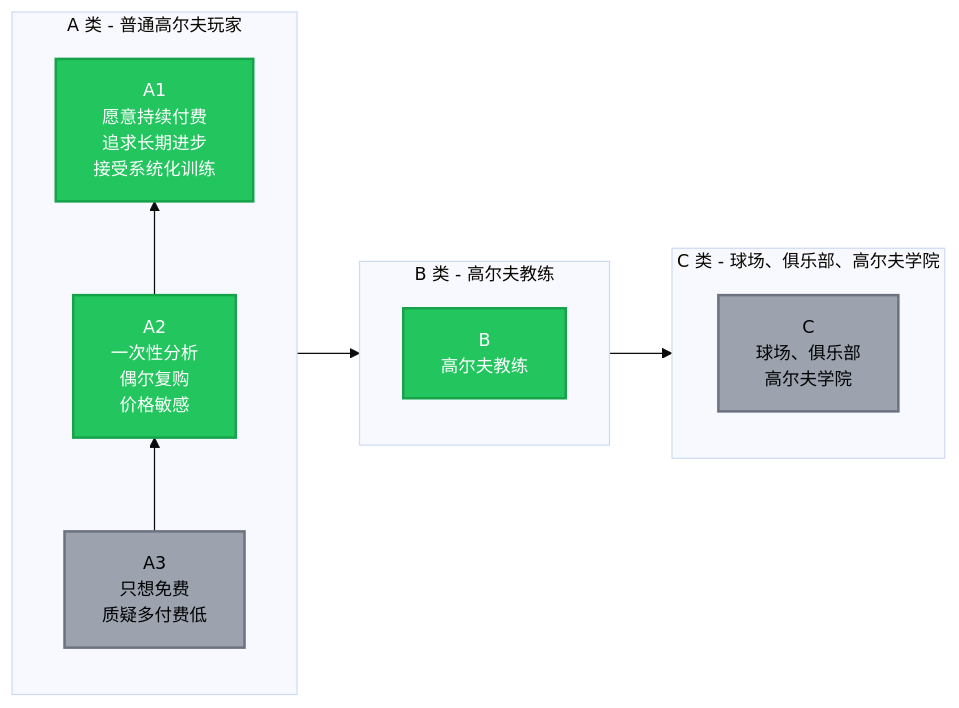
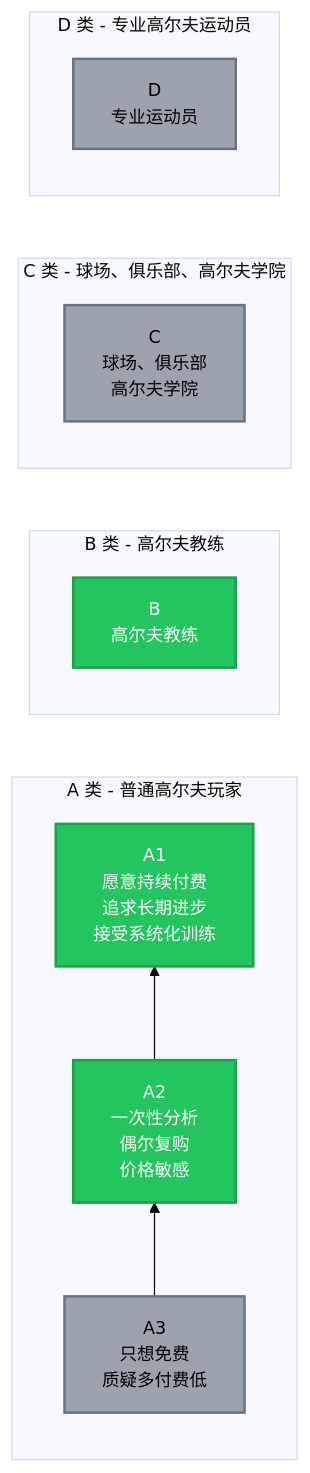
The diagram in docs/zh/product/user-personas.md (movement-chain-ai/movement-chain-docs), drawn with Mermaid before and after one commit. The commit also changed other lines of this file, not shown here.

Commit message:
新增D类用户（专业高尔夫运动员）到用户分层图
🤖 Generated with [Claude Code](https://claude.com/claude-code)

````diff
--- a/docs/zh/product/user-personas.md
+++ b/docs/zh/product/user-personas.md
@@ -7,29 +7,31 @@
 ```mermaid
 %%{init: {'theme': 'base', 'themeVariables': { 'fontSize': '14px'}}}%%
 graph LR
     subgraph A ["A 类 - 普通高尔夫玩家"]
         direction BT
         A3[" A3 <br/>只想免费<br/>质疑多付费低"]
         A2[" A2 <br/>一次性分析<br/>偶尔复购<br/>价格敏感"]
         A1[" A1 <br/>愿意持续付费<br/>追求长期进步<br/>接受系统化训练"]
         A3 --> A2
         A2 --> A1
     end
 
     subgraph B ["B 类 - 高尔夫教练"]
         B1[" B <br/>高尔夫教练"]
     end
 
     subgraph C ["C 类 - 球场、俱乐部、高尔夫学院"]
         C1[" C <br/>球场、俱乐部<br/>高尔夫学院"]
     end
 
-    A --> B
-    B --> C
+    subgraph D ["D 类 - 专业高尔夫运动员"]
+        D1[" D <br/>专业运动员"]
+    end
 
     style A1 fill:#22c55e,color:#fff,stroke:#16a34a,stroke-width:2px
     style A2 fill:#22c55e,color:#fff,stroke:#16a34a,stroke-width:2px
     style A3 fill:#9ca3af,color:#000,stroke:#6b7280,stroke-width:2px
     style B1 fill:#22c55e,color:#fff,stroke:#16a34a,stroke-width:2px
     style C1 fill:#9ca3af,color:#000,stroke:#6b7280,stroke-width:2px
+    style D1 fill:#9ca3af,color:#000,stroke:#6b7280,stroke-width:2px
 ```
````
